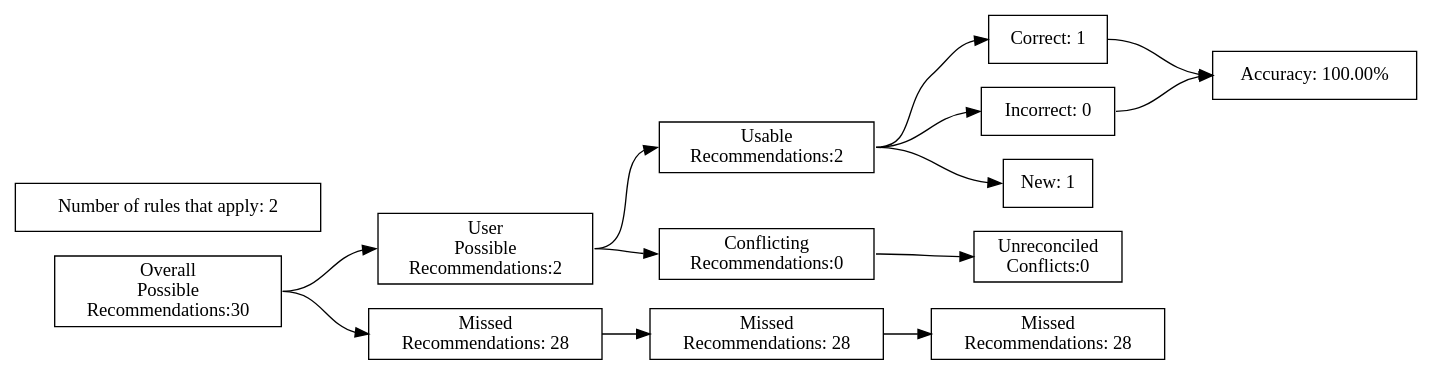
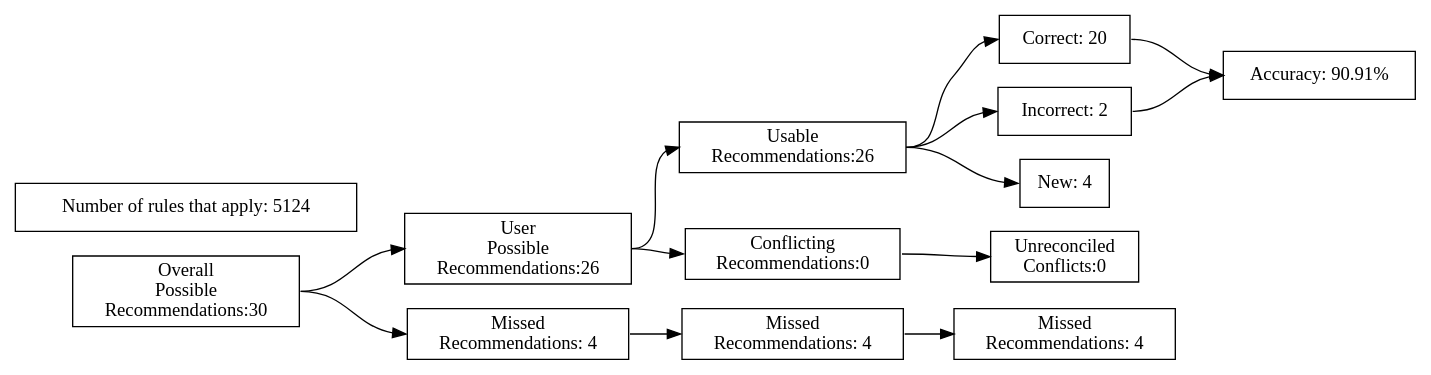
The diagram in test_renders/7.gv (ZaxR/ibd_diet_analysis), drawn with Graphviz before and after one commit. The commit also changed 78 other files, not shown here.

```diff
--- a/test_renders/7.gv
+++ b/test_renders/7.gv
@@ -1,40 +1,40 @@
 digraph {
 	graph [rankdir=LR]
 	node [pos=r shape=box]
 	edge [headport=w tailport=e]
 		A [label="Overall
 Possible
 Recommendations:30"]
 		B [label="User
 Possible
-Recommendations:2"]
+Recommendations:26"]
 		C [label="Missed
-Recommendations: 28"]
+Recommendations: 4"]
 		D [label="Usable
-Recommendations:2"]
+Recommendations:26"]
 		E [label="Conflicting
 Recommendations:0"]
 		J [label="Missed
-Recommendations: 28"]
+Recommendations: 4"]
 		M [label="Unreconciled
 Conflicts:0"]
-		F [label="Correct: 1"]
-		G [label="Incorrect: 0"]
-		H [label="New: 1"]
+		F [label="Correct: 20"]
+		G [label="Incorrect: 2"]
+		H [label="New: 4"]
 		K [label="Missed
-Recommendations: 28"]
-		I [label="Accuracy: 100.00%"]
-		l [label="Number of rules that apply: 2"]
+Recommendations: 4"]
+		I [label="Accuracy: 90.91%"]
+		l [label="Number of rules that apply: 5124"]
 			A -> B
 			A -> C
 			B -> D
 			B -> E
 			D -> F
 			D -> G
 			D -> H
 			F -> I
 			G -> I
 			C -> J
 			J -> K
 			E -> M
 }
```
